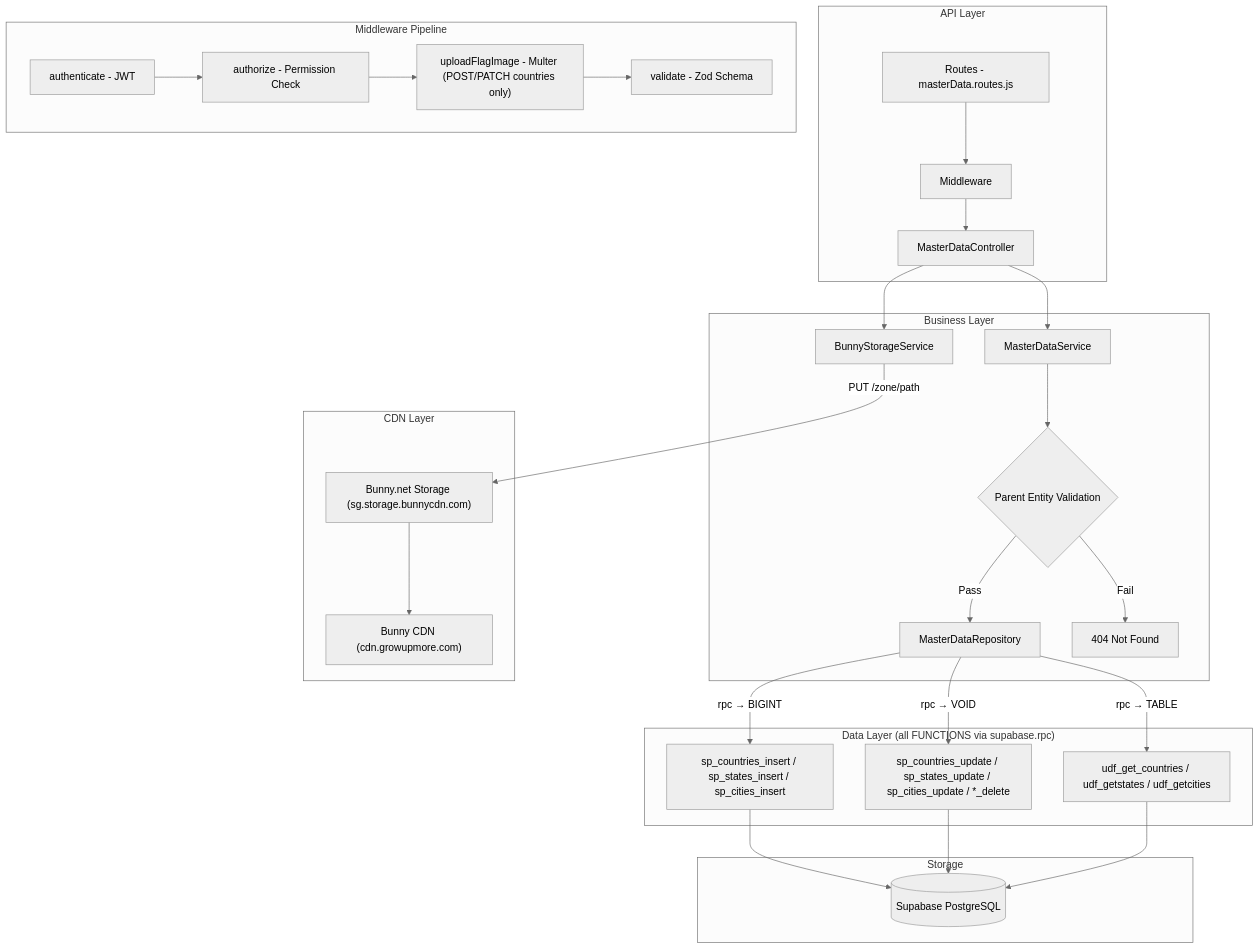
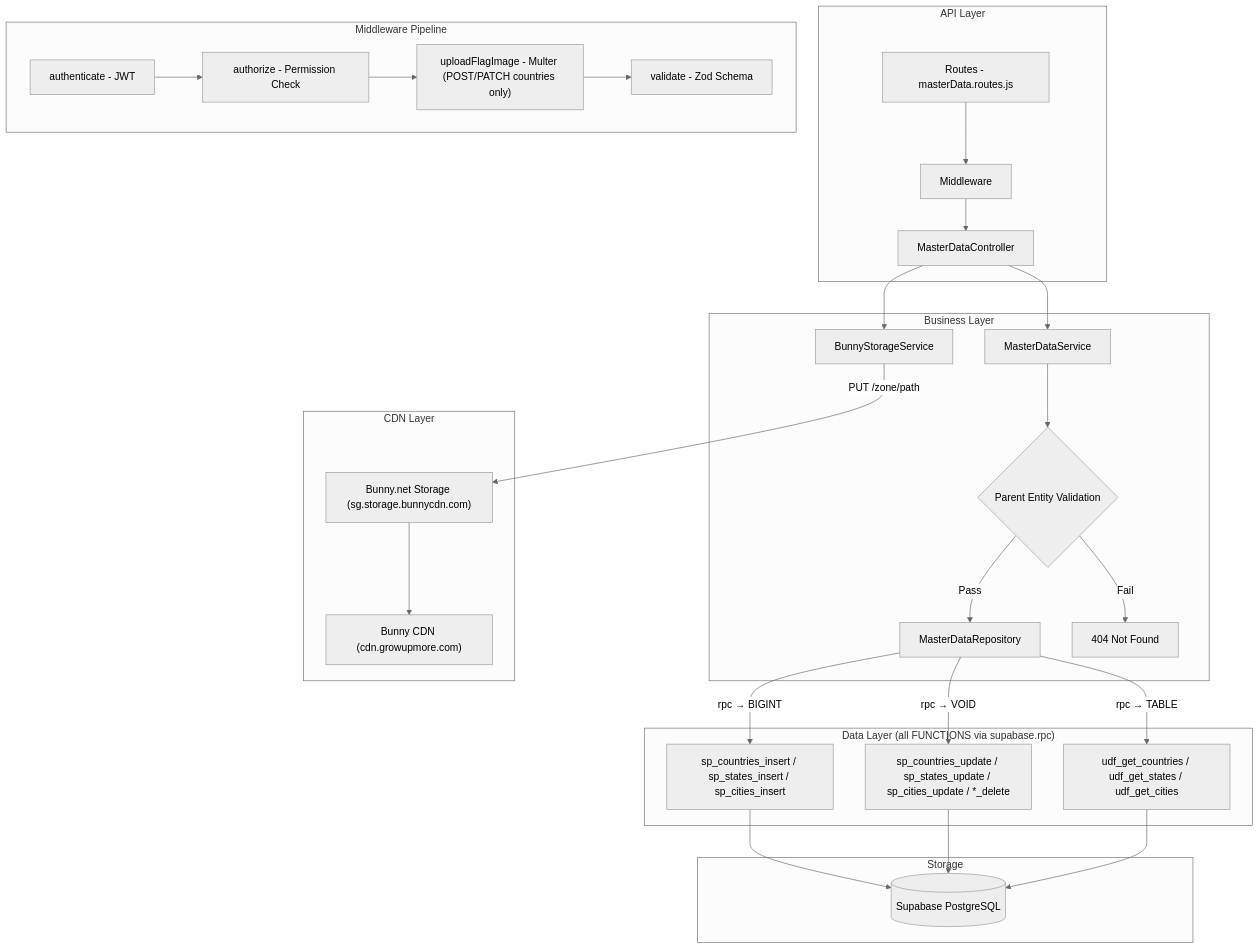
One commit to girishinindia/growupmore_api changed the first of 2 diagrams in docs/v1/3_master-data-api-postman-guide.md. Above: the diagram before and after it, drawn with Mermaid (neutral theme). The commit also changed 90 other files, not shown here.

````diff
--- a/docs/v1/3_master-data-api-postman-guide.md
+++ b/docs/v1/3_master-data-api-postman-guide.md
@@ -14,34 +14,34 @@
 ```mermaid
 graph TB
     subgraph "API Layer"
         R[Routes - masterData.routes.js] --> M[Middleware]
         M --> C[MasterDataController]
     end
     subgraph "Middleware Pipeline"
         M1[authenticate - JWT] --> M2[authorize - Permission Check]
         M2 --> M3["uploadFlagImage - Multer (POST/PATCH countries only)"]
         M3 --> M4[validate - Zod Schema]
     end
     subgraph "Business Layer"
         C --> BS[BunnyStorageService]
         C --> S[MasterDataService]
         S --> V{Parent Entity Validation}
         V -->|Pass| REPO
         V -->|Fail| ERR[404 Not Found]
     end
     subgraph "CDN Layer"
         BS -->|"PUT /zone/path"| BUNNY["Bunny.net Storage (sg.storage.bunnycdn.com)"]
         BUNNY --> CDN["Bunny CDN (cdn.growupmore.com)"]
     end
     subgraph "Data Layer (all FUNCTIONS via supabase.rpc)"
         REPO[MasterDataRepository]
         REPO -->|"rpc → BIGINT"| SP1["sp_countries_insert / sp_states_insert / sp_cities_insert"]
         REPO -->|"rpc → VOID"| SP2["sp_countries_update / sp_states_update / sp_cities_update / *_delete"]
-        REPO -->|"rpc → TABLE"| UDF["udf_get_countries / udf_getstates / udf_getcities"]
+        REPO -->|"rpc → TABLE"| UDF["udf_get_countries / udf_get_states / udf_get_cities"]
     end
     subgraph "Storage"
         SP1 --> DB[(Supabase PostgreSQL)]
         SP2 --> DB
         UDF --> DB
     end
 ```
````
